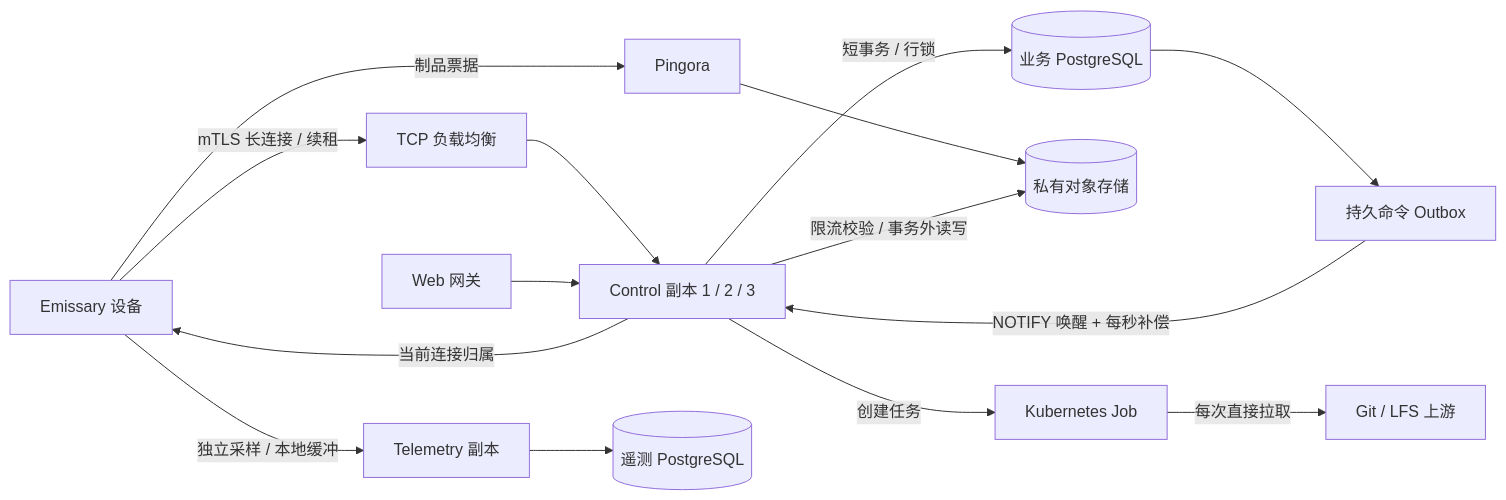
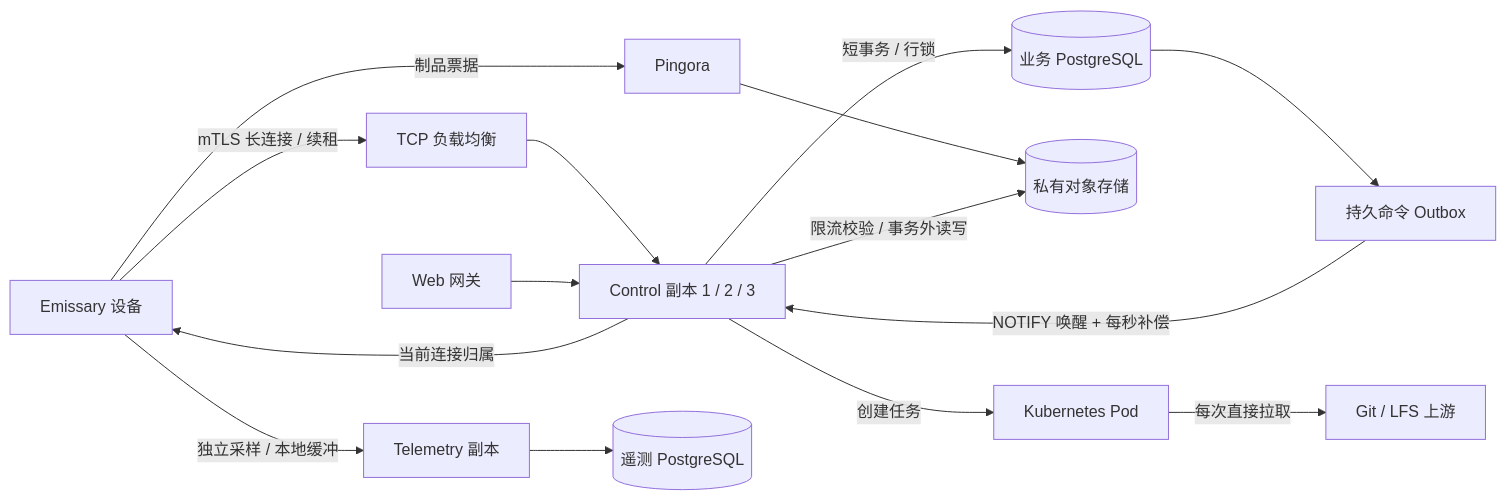
Before and after one commit to zhubby/artifactory: the diagram in docs/control-ha.md, drawn with Mermaid. The commit also changed 167 other files, not shown here.

````diff
--- a/docs/control-ha.md
+++ b/docs/control-ha.md
@@ -13,17 +13,17 @@
 ```mermaid
 flowchart LR
   D[Emissary 设备] -->|mTLS 长连接 / 续租| LB[TCP 负载均衡]
   LB --> C[Control 副本 1 / 2 / 3]
   C -->|短事务 / 行锁| PG[(业务 PostgreSQL)]
   PG --> O[持久命令 Outbox]
   O -->|NOTIFY 唤醒 + 每秒补偿| C
   C -->|当前连接归属| D
   D -->|制品票据| G[Pingora]
   G --> S3[(私有对象存储)]
   C -->|限流校验 / 事务外读写| S3
   W[Web 网关] --> C
-  C -->|创建任务| K[Kubernetes Job]
+  C -->|创建任务| K[Kubernetes Pod]
   K -->|每次直接拉取| Git[Git / LFS 上游]
   D -->|独立采样 / 本地缓冲| T[Telemetry 副本]
   T --> TS[(遥测 PostgreSQL)]
 ```
````
